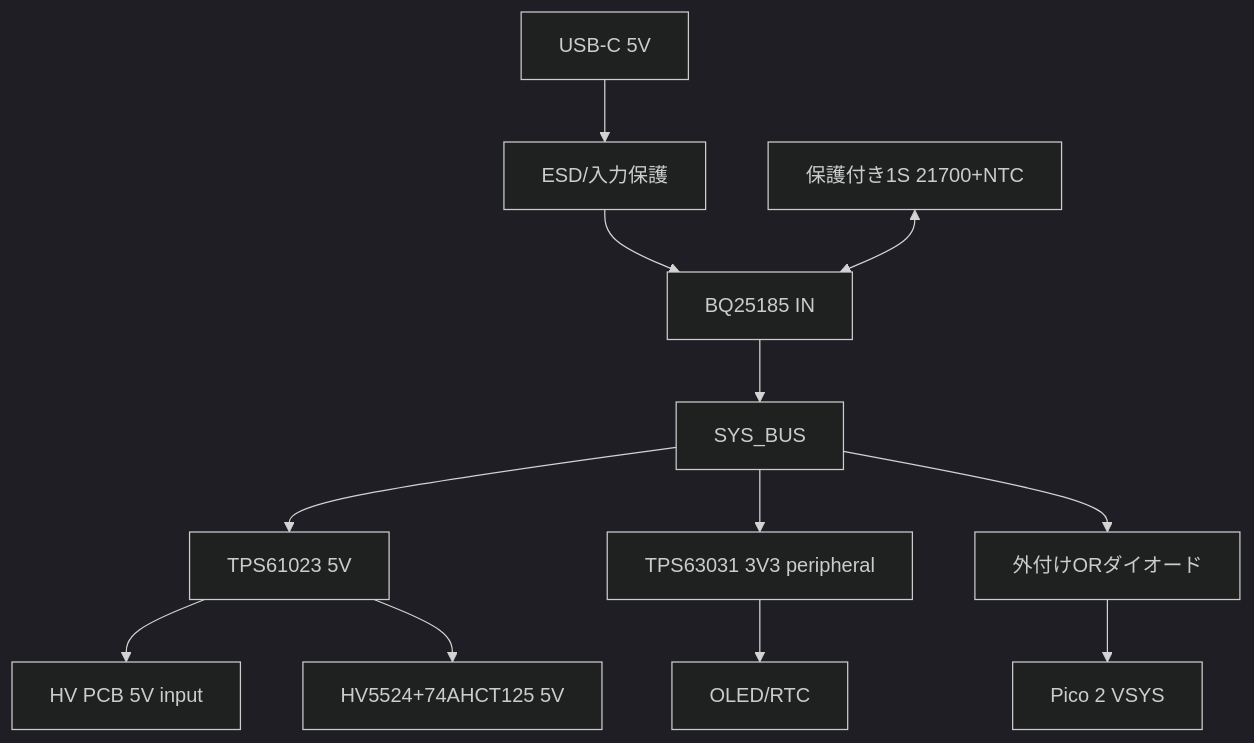
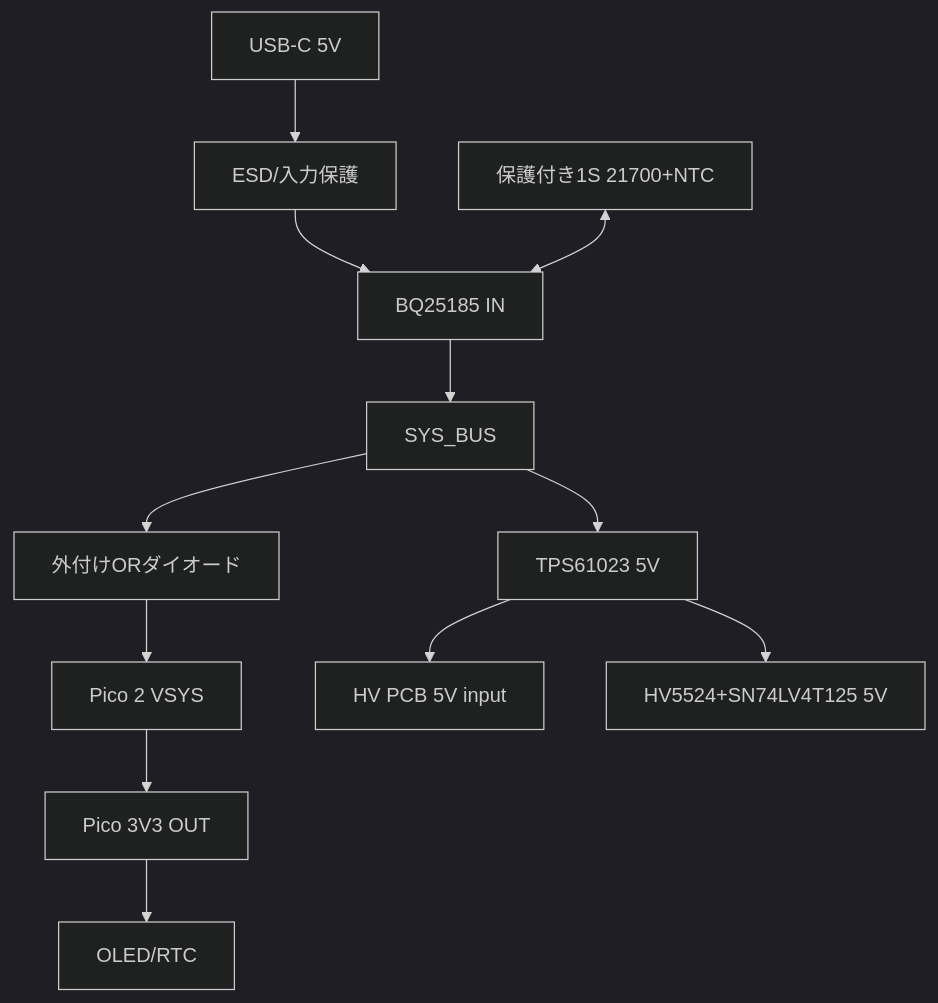
Before and after one commit to mitsu32m/PROJECT-NIXIDORO: the diagram in docs/pwr-schematic-nets.md, drawn with Mermaid (dark theme). The commit also changed other lines of this file, not shown here.

Commit message:
docs: reconcile PWR schematic nets with no standalone 3V3 supply in Rev.A

````diff
--- a/docs/pwr-schematic-nets.md
+++ b/docs/pwr-schematic-nets.md
@@ -12,13 +14,12 @@
 ```mermaid
 flowchart TB
  USB[USB-C 5V] --> FRONT[ESD/入力保護]
  FRONT --> BQ[BQ25185 IN]
  CELL[保護付き1S 21700+NTC] <--> BQ
  BQ --> SYS[SYS_BUS]
  SYS --> BOOST[TPS61023 5V]
- SYS --> BUCK[TPS63031 3V3 peripheral]
- SYS --> D[外付けORダイオード] --> VSYS[Pico 2 VSYS]
+ SYS --> D[外付けORダイオード] --> VSYS[Pico 2 VSYS] --> V3[Pico 3V3 OUT]
  BOOST --> H[HV PCB 5V input]
- BOOST --> LOGIC[HV5524+74AHCT125 5V]
- BUCK --> PER[OLED/RTC]
+ BOOST --> LOGIC[HV5524+SN74LV4T125 5V]
+ V3 --> PER[OLED/RTC]
 ```
````
